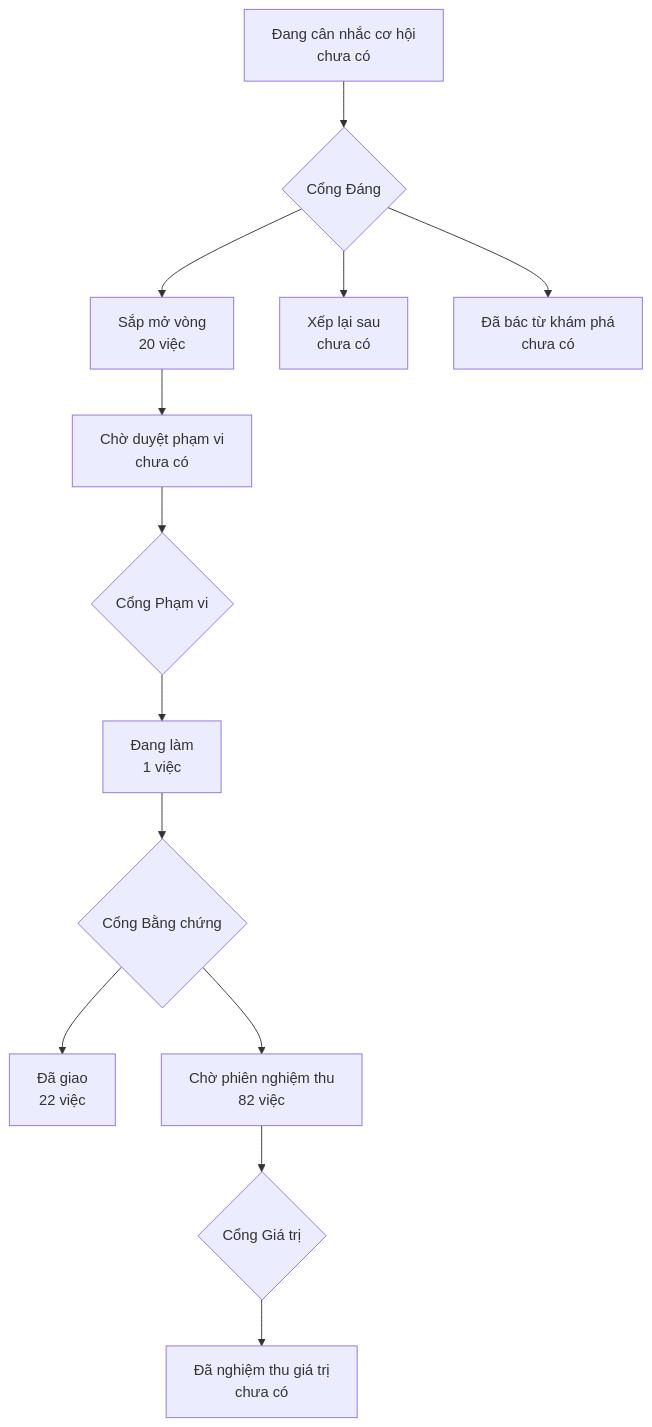
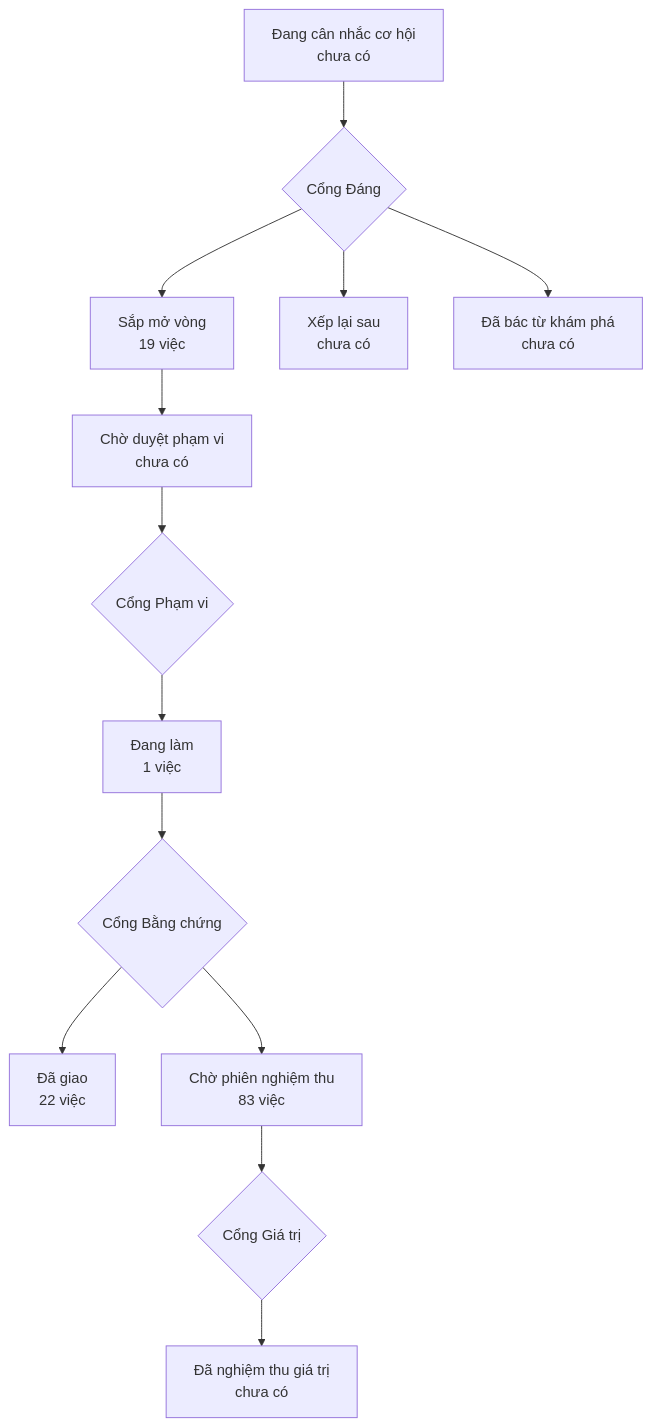
One commit to phanlemanh/onehub-quy-hang changed the diagram in PRODUCT-MAP.md. Above: the diagram before and after it, drawn with Mermaid. The commit also changed 1 other file, not shown here.

Commit message:
chore(map): vẽ lại bản đồ sản phẩm và lộ trình sau gộp main

````diff
--- a/PRODUCT-MAP.md
+++ b/PRODUCT-MAP.md
@@ -7,12 +7,12 @@
 ```mermaid
 flowchart TD
   A["Đang cân nhắc cơ hội<br/>chưa có"] --> GD{"Cổng Đáng"}
-  GD --> B["Sắp mở vòng<br/>20 việc"]
+  GD --> B["Sắp mở vòng<br/>19 việc"]
   GD --> XL["Xếp lại sau<br/>chưa có"]
   GD --> DB["Đã bác từ khám phá<br/>chưa có"]
   B --> CD["Chờ duyệt phạm vi<br/>chưa có"] --> GP{"Cổng Phạm vi"}
   GP --> DL["Đang làm<br/>1 việc"] --> GB{"Cổng Bằng chứng"}
   GB --> DG["Đã giao<br/>22 việc"]
-  GB --> CN["Chờ phiên nghiệm thu<br/>82 việc"] --> GG{"Cổng Giá trị"}
+  GB --> CN["Chờ phiên nghiệm thu<br/>83 việc"] --> GG{"Cổng Giá trị"}
   GG --> NT["Đã nghiệm thu giá trị<br/>chưa có"]
 ```
````
